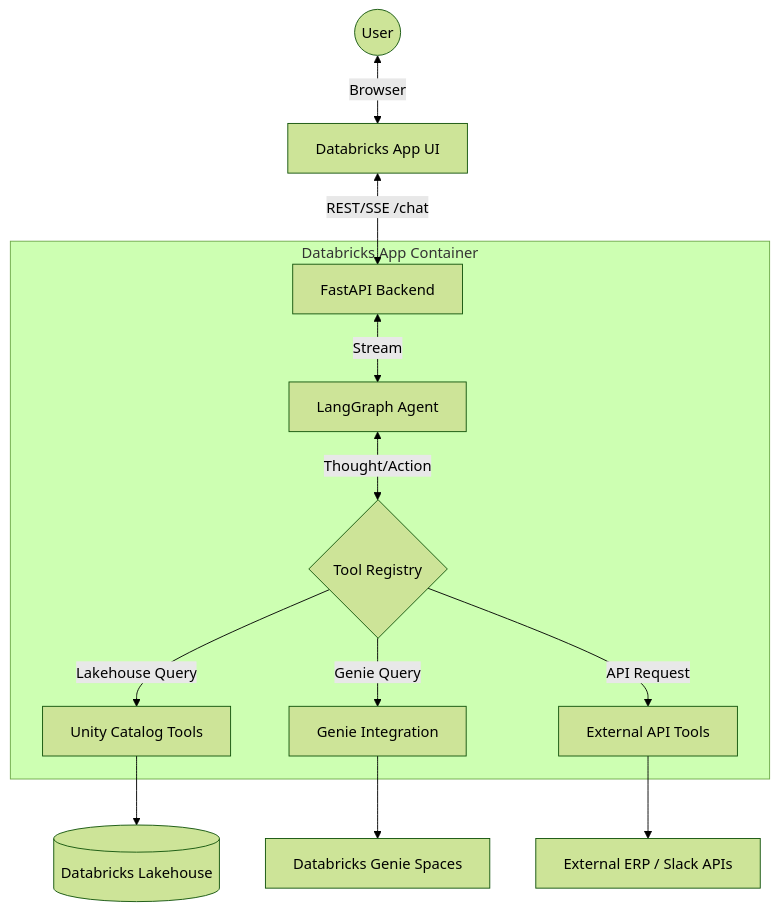
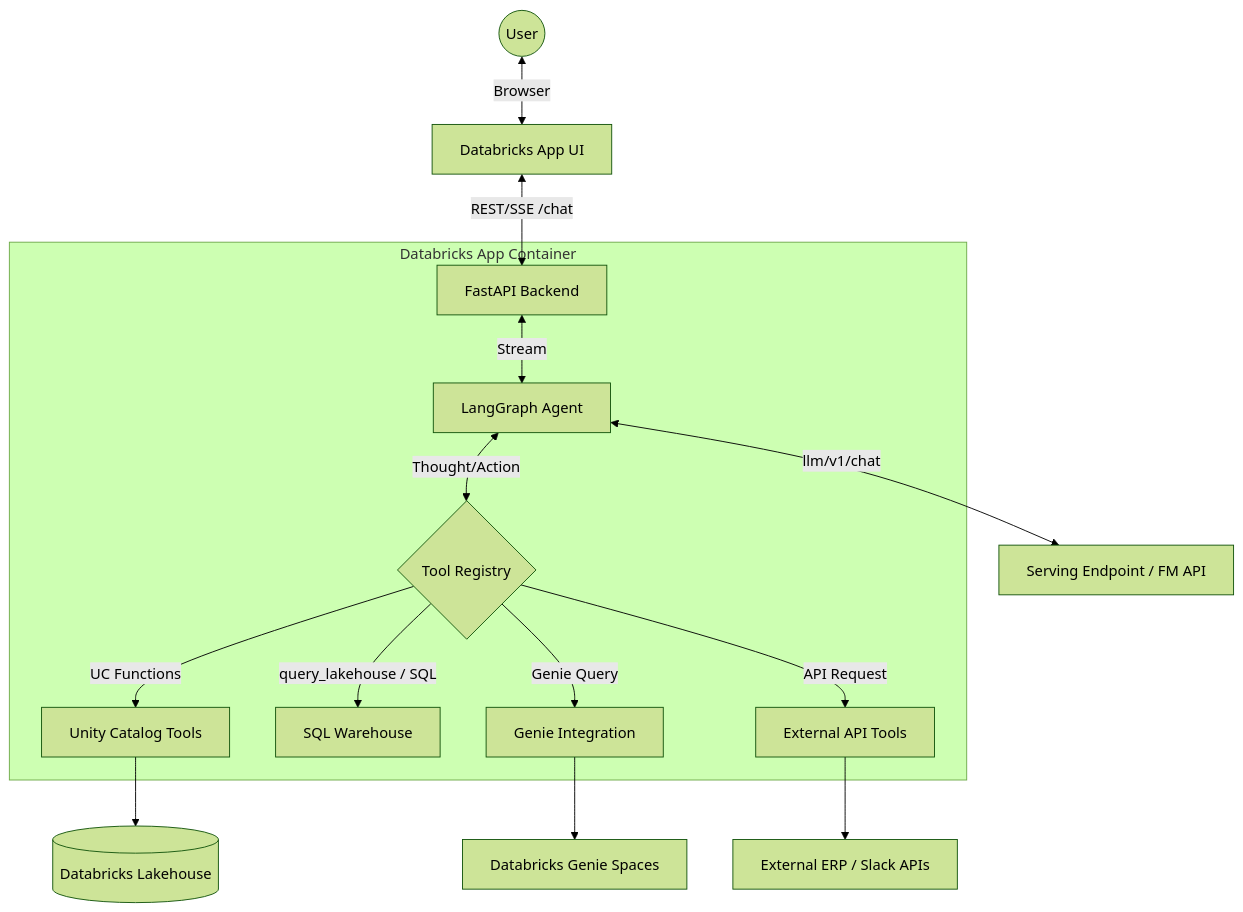
One commit to TaylorAHanson/supply-chain-agent changed the diagram in README.md. Above: the diagram before and after it, drawn with Mermaid (forest theme). The commit also changed other lines of this file and 17 other files, not shown here.

````diff
--- a/README.md
+++ b/README.md
@@ -63,17 +67,19 @@
 ```mermaid
 graph TD
     User((User)) <-->|Browser| A[Databricks App UI]
     A <-->|REST/SSE /chat| B[FastAPI Backend]
-    
+
     subgraph "Databricks App Container"
         B <-->|Stream| C[LangGraph Agent]
         C <-->|Thought/Action| D{Tool Registry}
-        D -->|Lakehouse Query| E[Unity Catalog Tools]
+        D -->|UC Functions| E[Unity Catalog Tools]
+        D -->|query_lakehouse / SQL| H2[SQL Warehouse]
         D -->|Genie Query| F[Genie Integration]
         D -->|API Request| G[External API Tools]
     end
-    
+
+    C <-->|llm/v1/chat| K[Serving Endpoint / FM API]
     E --> H[(Databricks Lakehouse)]
     F --> I[Databricks Genie Spaces]
     G --> J[External ERP / Slack APIs]
 ```
````
